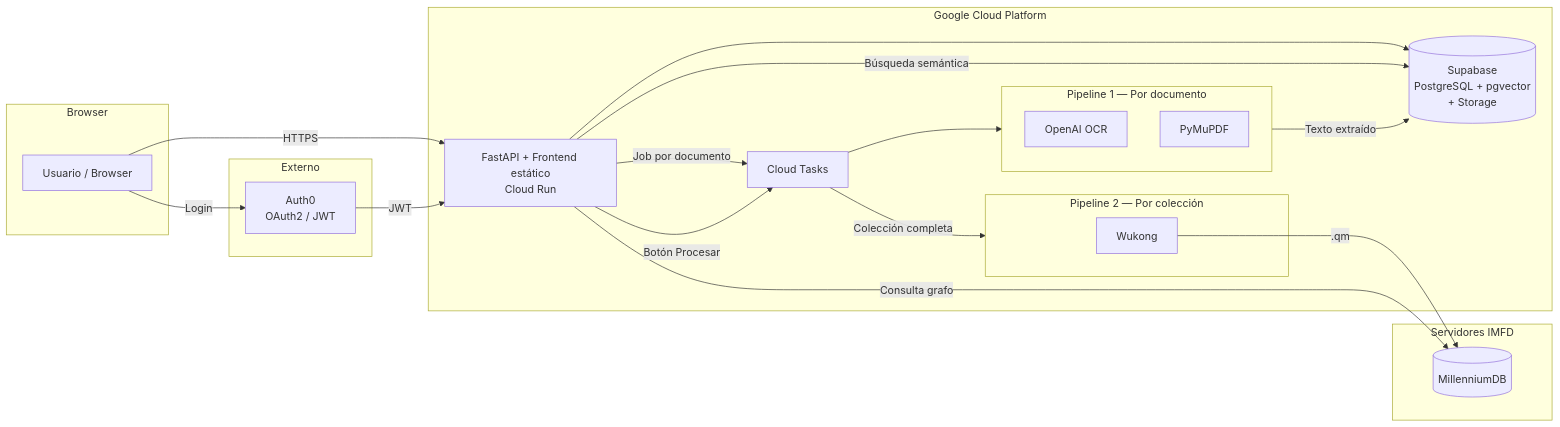
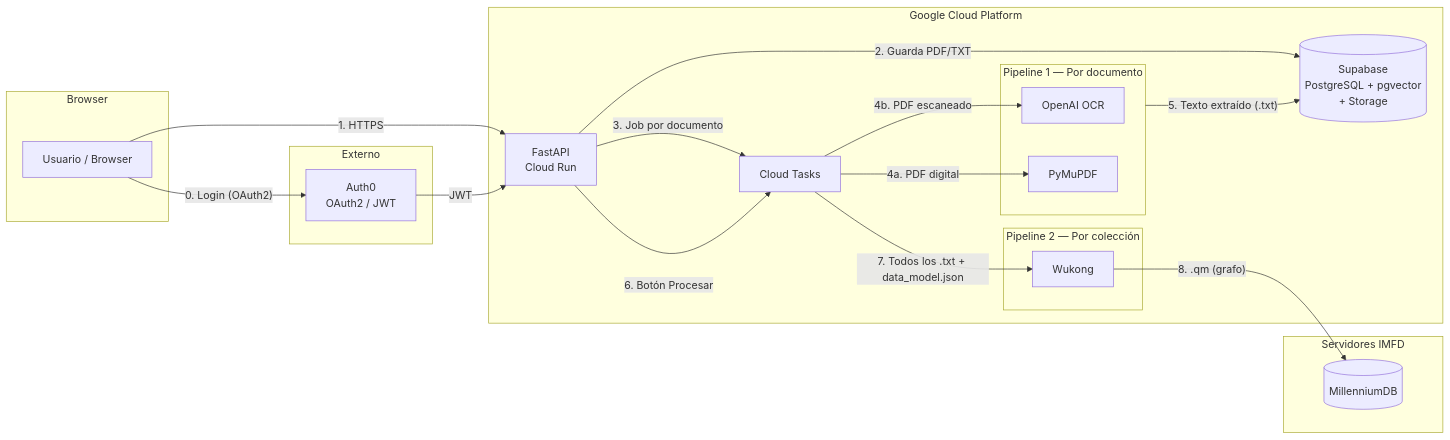
The first of 2 diagrams in README.md (renaa-m/TallerDeIntegracion_G10), drawn with Mermaid before and after one commit. The commit also changed other lines of this file, not shown here.

First line of the commit message:
docs: agregar flujo de consulta y protocolos al diagrama de arquitectura

````diff
--- a/README.md
+++ b/README.md
@@ -124,42 +128,41 @@
 ```mermaid
 graph LR
     subgraph Browser
         U[Usuario / Browser]
     end
 
+    subgraph Auth0_ext ["Externo"]
+        AUTH0[Auth0\nOAuth2 / JWT]
+    end
+
     subgraph GCP ["Google Cloud Platform"]
-        API[FastAPI + Frontend estático\nCloud Run]
+        API[FastAPI\nCloud Run]
         SUPA[(Supabase\nPostgreSQL + pgvector\n+ Storage)]
         CT[Cloud Tasks]
 
         subgraph Pipeline_1 ["Pipeline 1 — Por documento"]
             OCR[OpenAI OCR]
             PYMUPDF[PyMuPDF]
         end
 
         subgraph Pipeline_2 ["Pipeline 2 — Por colección"]
             WK[Wukong]
         end
     end
 
-    subgraph Auth0_ext ["Externo"]
-        AUTH0[Auth0\nOAuth2 / JWT]
-    end
-
     subgraph IMFD_servers ["Servidores IMFD"]
         MDB[(MillenniumDB)]
     end
 
-    U -->|HTTPS| API
-    U -->|Login| AUTH0
-    AUTH0 -->|JWT| API
-    API --> SUPA
-    API -->|Job por documento| CT
-    CT --> Pipeline_1
-    Pipeline_1 -->|Texto extraído| SUPA
-    API -->|Botón Procesar| CT
-    CT -->|Colección completa| Pipeline_2
-    WK -->|.qm| MDB
-    API -->|Consulta grafo| MDB
-    API -->|Búsqueda semántica| SUPA
+    U -->|"1. HTTPS"| API
+    U -->|"0. Login (OAuth2)"| AUTH0
+    AUTH0 -->|"JWT"| API
+    API -->|"2. Guarda PDF/TXT"| SUPA
+    API -->|"3. Job por documento"| CT
+    CT -->|"4a. PDF digital"| PYMUPDF
+    CT -->|"4b. PDF escaneado"| OCR
+    Pipeline_1 -->|"5. Texto extraído (.txt)"| SUPA
+    API -->|"6. Botón Procesar"| CT
+    CT -->|"7. Todos los .txt + data_model.json"| WK
+    WK -->|"8. .qm (grafo)"| MDB
 ```
````
